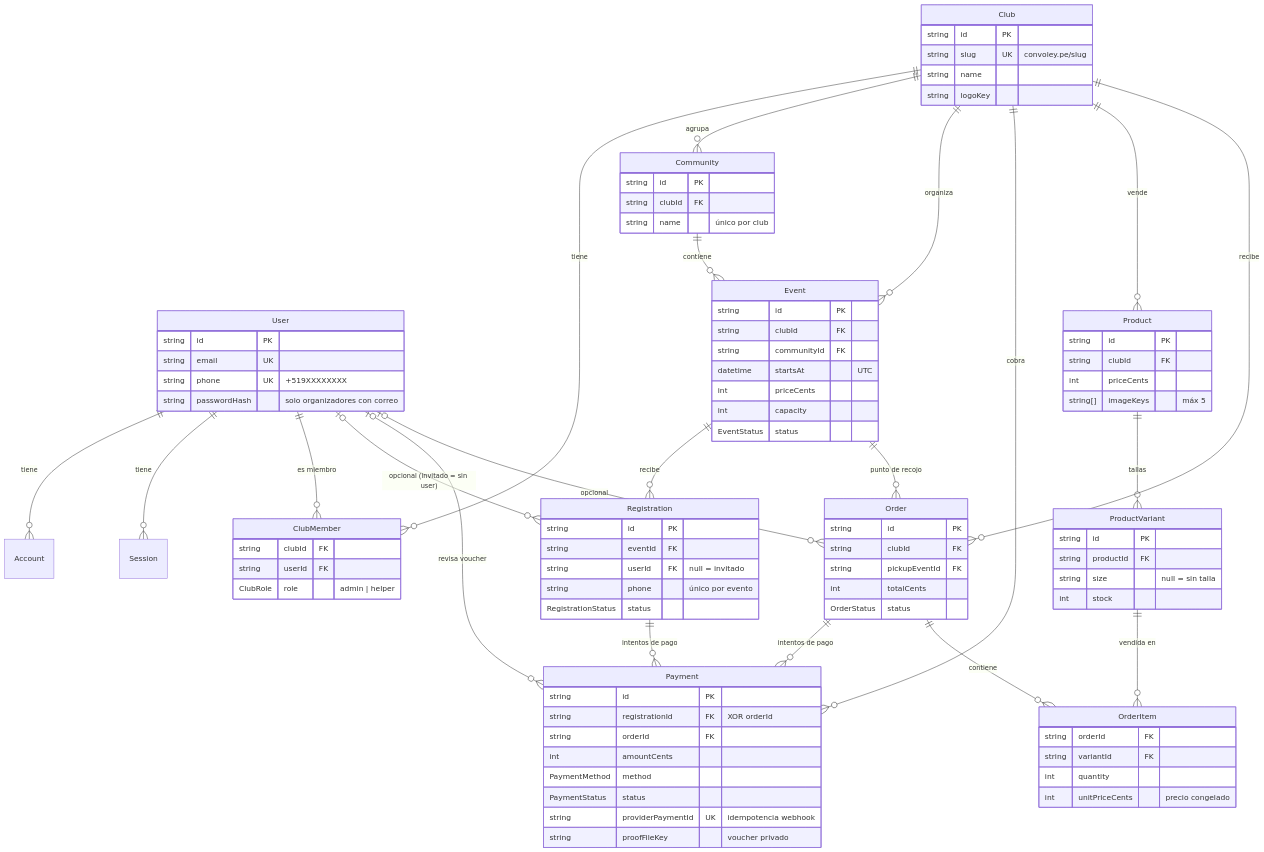
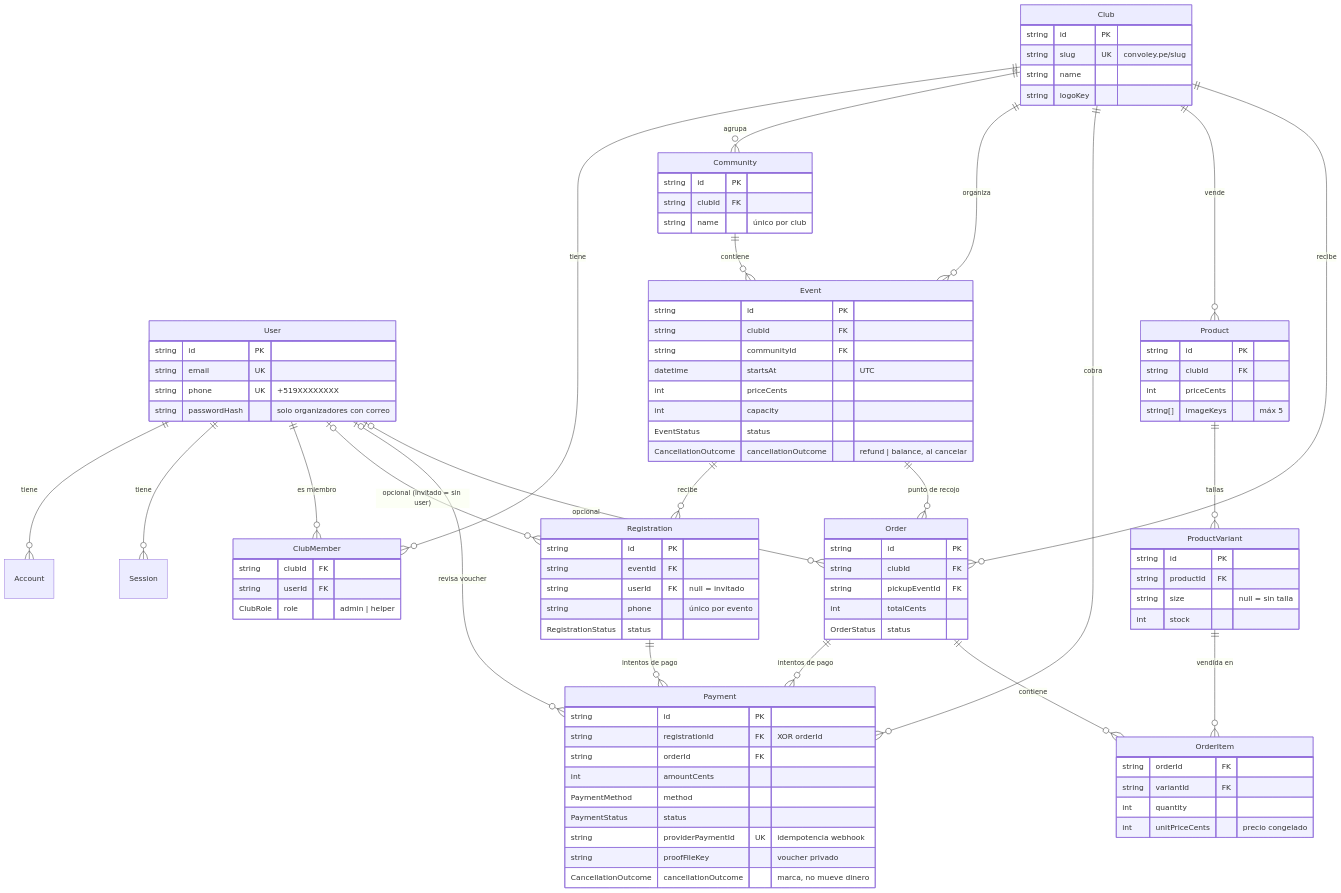
Before and after one commit to leonardox-lh/Convoley: the diagram in docs/MODELO_DATOS.md, drawn with Mermaid. The commit also changed other lines of this file and 46 other files, not shown here.

```diff
--- a/docs/MODELO_DATOS.md
+++ b/docs/MODELO_DATOS.md
@@ -66,6 +66,7 @@
     int priceCents
     int capacity
     EventStatus status
+    CancellationOutcome cancellationOutcome "refund | balance, al cancelar"
   }
   Registration {
     string id PK
@@ -83,6 +84,7 @@
     PaymentStatus status
     string providerPaymentId UK "idempotencia webhook"
     string proofFileKey "voucher privado"
+    CancellationOutcome cancellationOutcome "marca, no mueve dinero"
   }
   Product {
     string id PK
```
